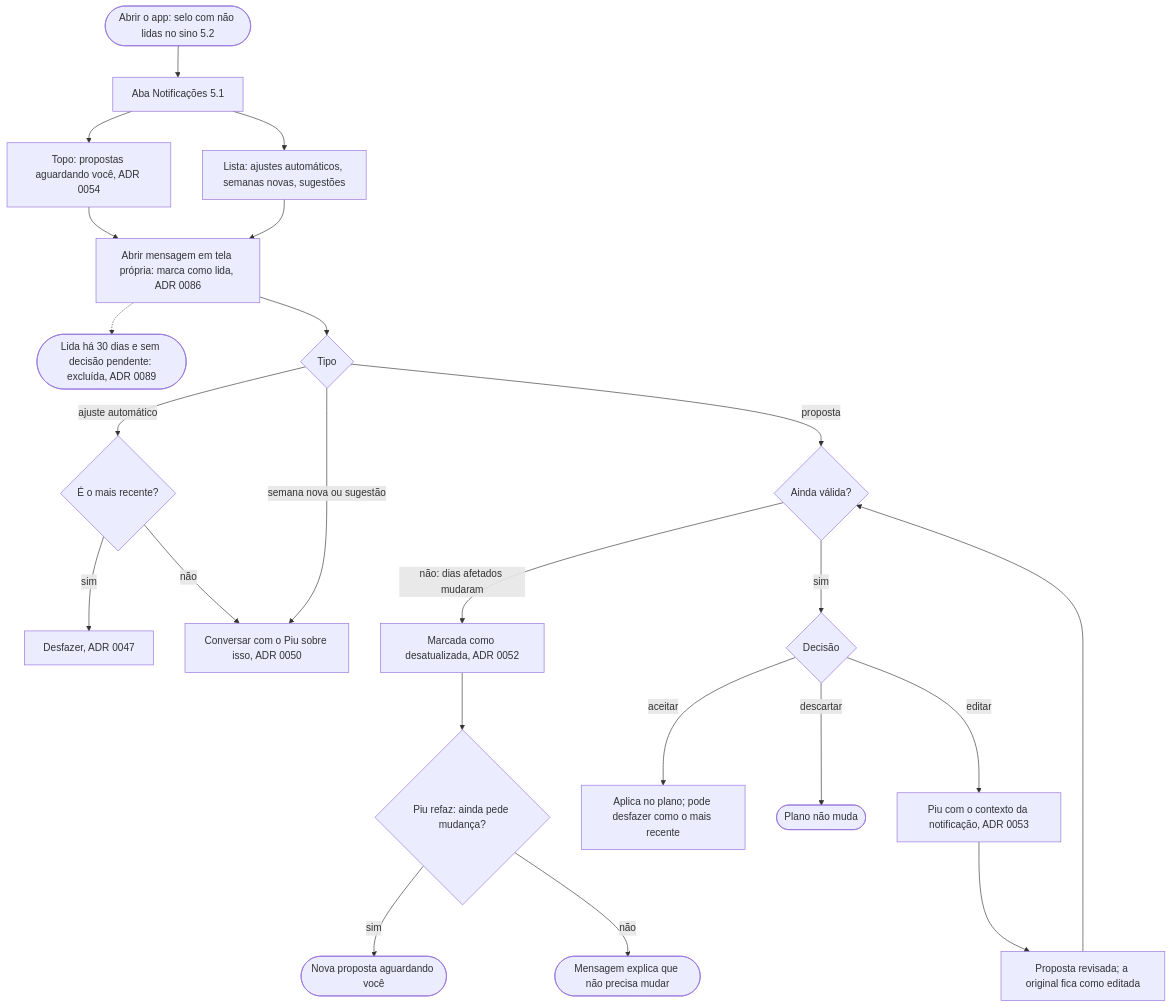
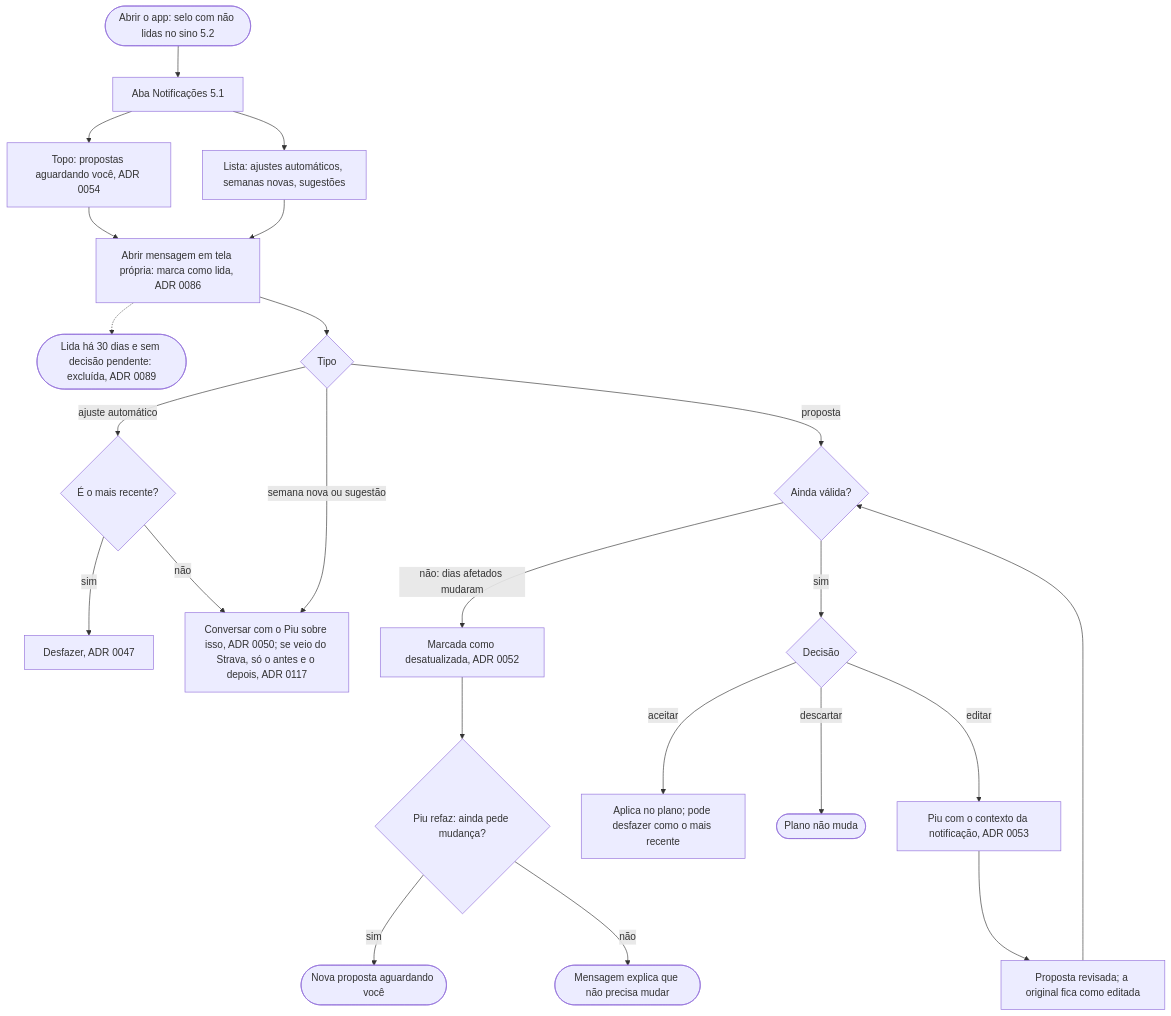
The eighth of 11 diagrams in docs/fluxos.md (cruzvini/app-corrida), drawn with Mermaid before and after one commit. The commit also changed other lines of this file and 12 other files, not shown here.

````diff
--- a/docs/fluxos.md
+++ b/docs/fluxos.md
@@ -196,25 +201,25 @@
 ```mermaid
 flowchart TD
   A([Abrir o app: selo com não lidas no sino 5.2]) --> B[Aba Notificações 5.1]
   B --> B1[Topo: propostas aguardando você, ADR 0054]
   B --> B2[Lista: ajustes automáticos, semanas novas, sugestões]
   B1 --> M[Abrir mensagem em tela própria: marca como lida, ADR 0086]
   B2 --> M
   M -.-> X([Lida há 30 dias e sem decisão pendente: excluída, ADR 0089])
   M --> T{Tipo}
   T -- ajuste automático --> AJ{É o mais recente?}
   AJ -- sim --> AJ1[Desfazer, ADR 0047]
-  AJ -- não --> PIU[Conversar com o Piu sobre isso, ADR 0050]
+  AJ -- não --> PIU[Conversar com o Piu sobre isso, ADR 0050; se veio do Strava, só o antes e o depois, ADR 0117]
   T -- semana nova ou sugestão --> PIU
   T -- proposta --> P{Ainda válida?}
   P -- não: dias afetados mudaram --> V[Marcada como desatualizada, ADR 0052]
   V --> V1{Piu refaz: ainda pede mudança?}
   V1 -- sim --> NOVA([Nova proposta aguardando você])
   V1 -- não --> V2([Mensagem explica que não precisa mudar])
   P -- sim --> D{Decisão}
   D -- aceitar --> AC[Aplica no plano; pode desfazer como o mais recente]
   D -- descartar --> DS([Plano não muda])
   D -- editar --> ED[Piu com o contexto da notificação, ADR 0053]
   ED --> ED1[Proposta revisada; a original fica como editada]
   ED1 --> P
 ```
````
